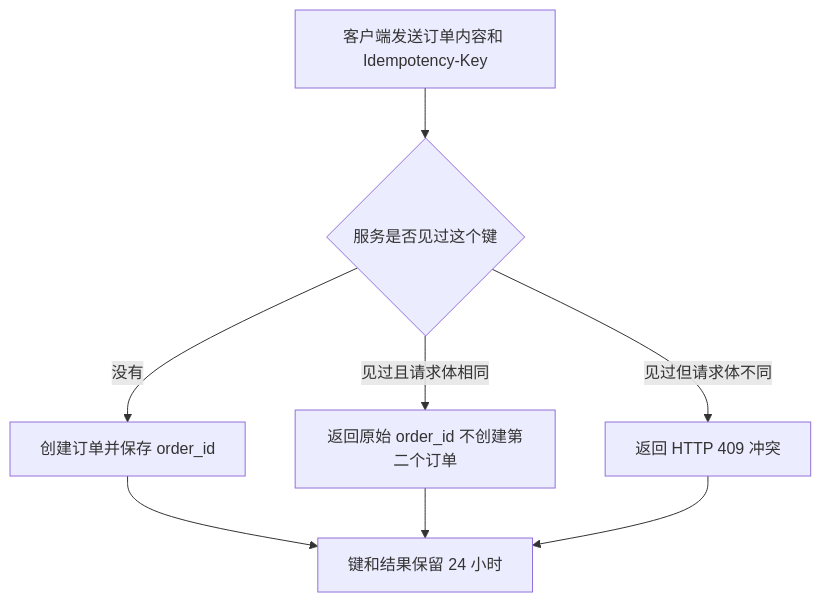
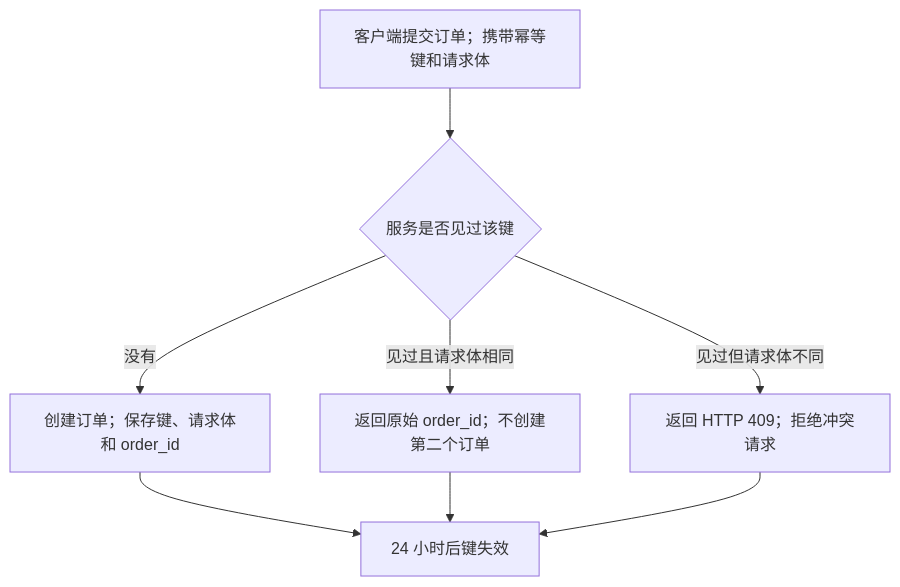
Before and after one commit to AIALRA-0/agent-human-readable-technical-writing: the second of 2 diagrams in evals/candidate/REVIEW-PACKET.md, drawn with Mermaid. The commit also changed other lines of this file and 7 other files, not shown here.

````diff
--- a/evals/candidate/REVIEW-PACKET.md
+++ b/evals/candidate/REVIEW-PACKET.md
@@ -217,10 +240,10 @@
 ```mermaid
 flowchart TD
-    A[客户端发送订单内容和 Idempotency-Key] --> B{服务是否见过这个键}
-    B -->|没有| C[创建订单并保存 order_id]
-    B -->|见过且请求体相同| D[返回原始 order_id 不创建第二个订单]
-    B -->|见过但请求体不同| E[返回 HTTP 409 冲突]
-    C --> F[键和结果保留 24 小时]
+    A["客户端提交订单；携带幂等键和请求体"] --> B{"服务是否见过该键"}
+    B -->|"没有"| C["创建订单；保存键、请求体和 order_id"]
+    B -->|"见过且请求体相同"| D["返回原始 order_id；不创建第二个订单"]
+    B -->|"见过但请求体不同"| E["返回 HTTP 409；拒绝冲突请求"]
+    C --> F["24 小时后键失效"]
     D --> F
     E --> F
 ```
````
